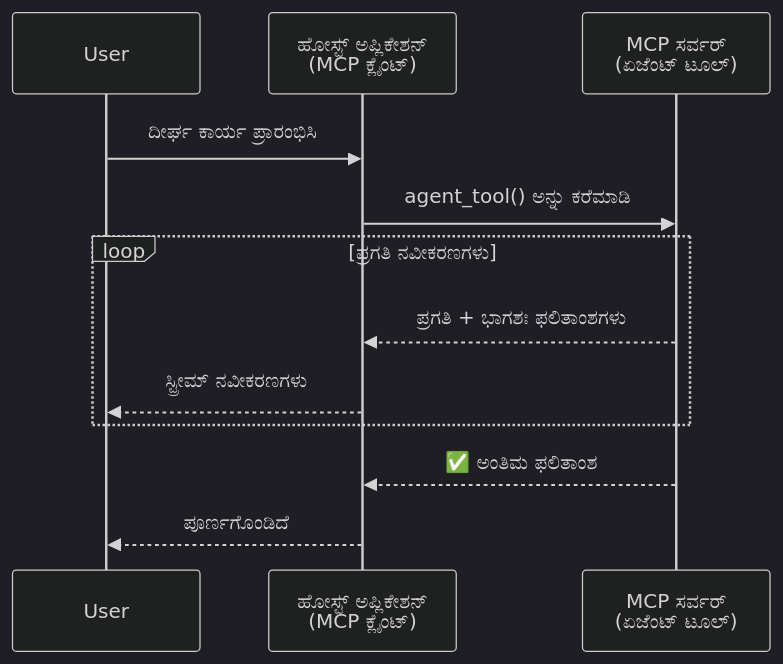
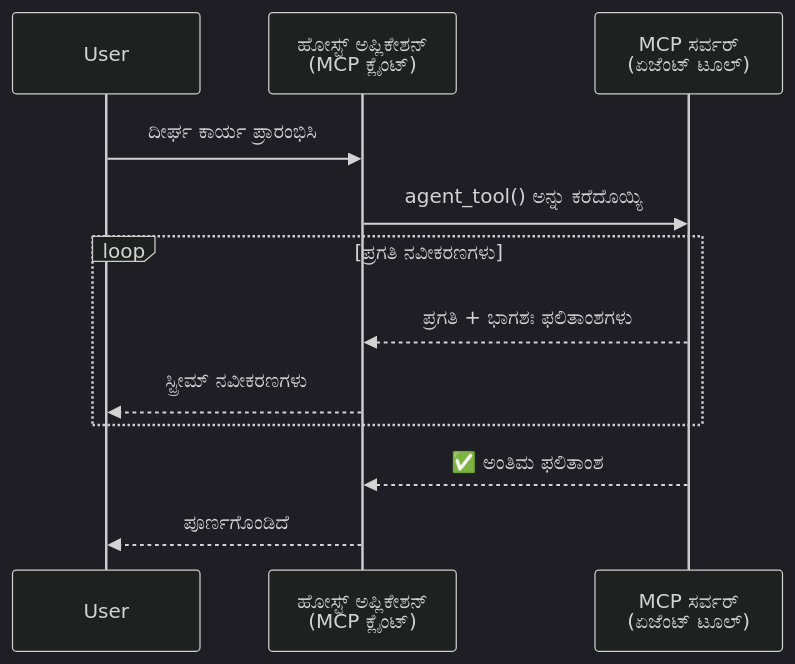
One commit to gabrielmoreira/agent-skills-mirror changed the first of 5 diagrams in mirrors/repos/microsoft@ai-agents-for-beginners/translations/kn/11-agentic-protocols/code_samples/mcp-agents/README.md. Above: the diagram before and after it, drawn with Mermaid (dark theme). The commit also changed other lines of this file and 4482 other files, not shown here.

````diff
--- a/mirrors/repos/microsoft@ai-agents-for-beginners/translations/kn/11-agentic-protocols/code_samples/mcp-agents/README.md
+++ b/mirrors/repos/microsoft@ai-agents-for-beginners/translations/kn/11-agentic-protocols/code_samples/mcp-agents/README.md
@@ -46,17 +46,17 @@
 ```mermaid
 sequenceDiagram
     participant User
     participant Host as ಹೋಸ್ಟ್ ಅಪ್ಲಿಕೇಶನ್<br/>(MCP ಕ್ಲೈಂಟ್)
     participant Server as MCP ಸರ್ವರ್<br/>(ಏಜೆಂಟ್ ಟೂಲ್)
 
     User->>Host: ದೀರ್ಘ ಕಾರ್ಯ ಪ್ರಾರಂಭಿಸಿ
-    Host->>Server: agent_tool() ಅನ್ನು ಕರೆಮಾಡಿ
+    Host->>Server: agent_tool() ಅನ್ನು ಕರೆದೊಯ್ಯಿ
 
     loop ಪ್ರಗತಿ ನವೀಕರಣಗಳು
         Server-->>Host: ಪ್ರಗತಿ + ಭಾಗಶಃ ಫಲಿತಾಂಶಗಳು
         Host-->>User: ಸ್ಟ್ರೀಮ್ ನವೀಕರಣಗಳು
     end
 
     Server-->>Host: ✅ ಅಂತಿಮ ಫಲಿತಾಂಶ
     Host-->>User: ಪೂರ್ಣಗೊಂಡಿದೆ
 ```
````
